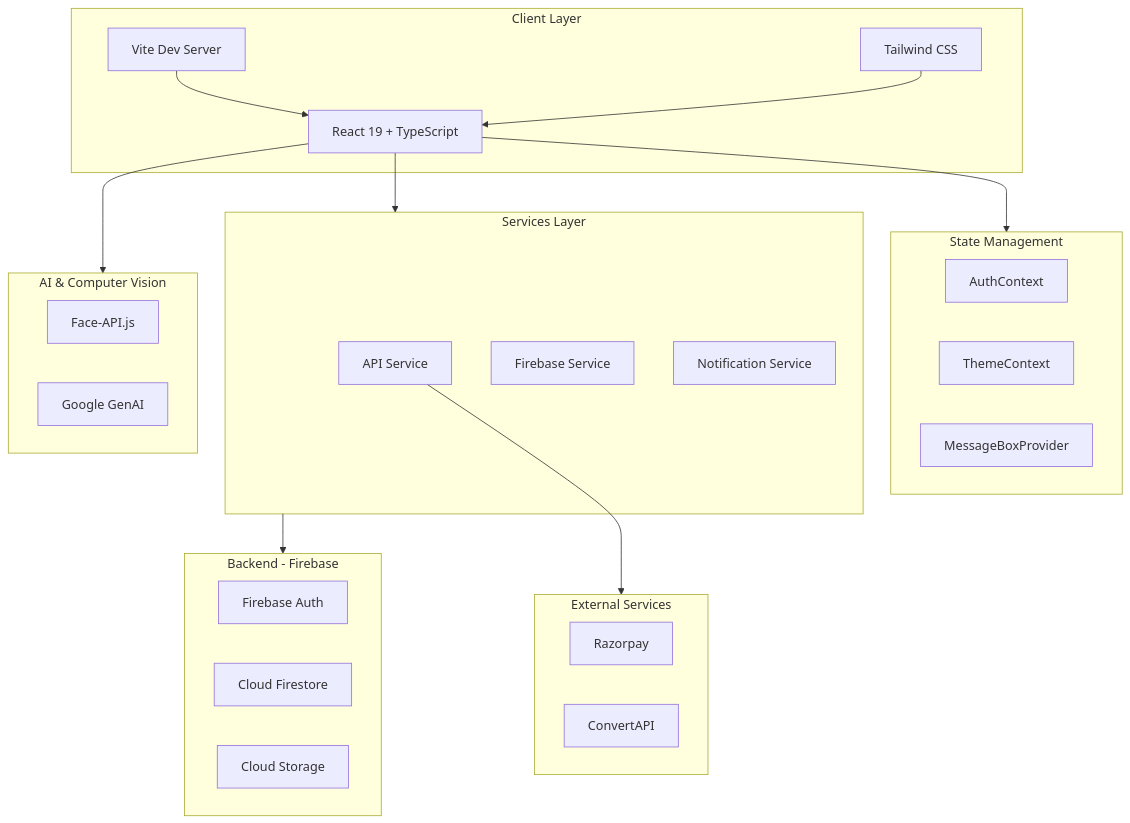
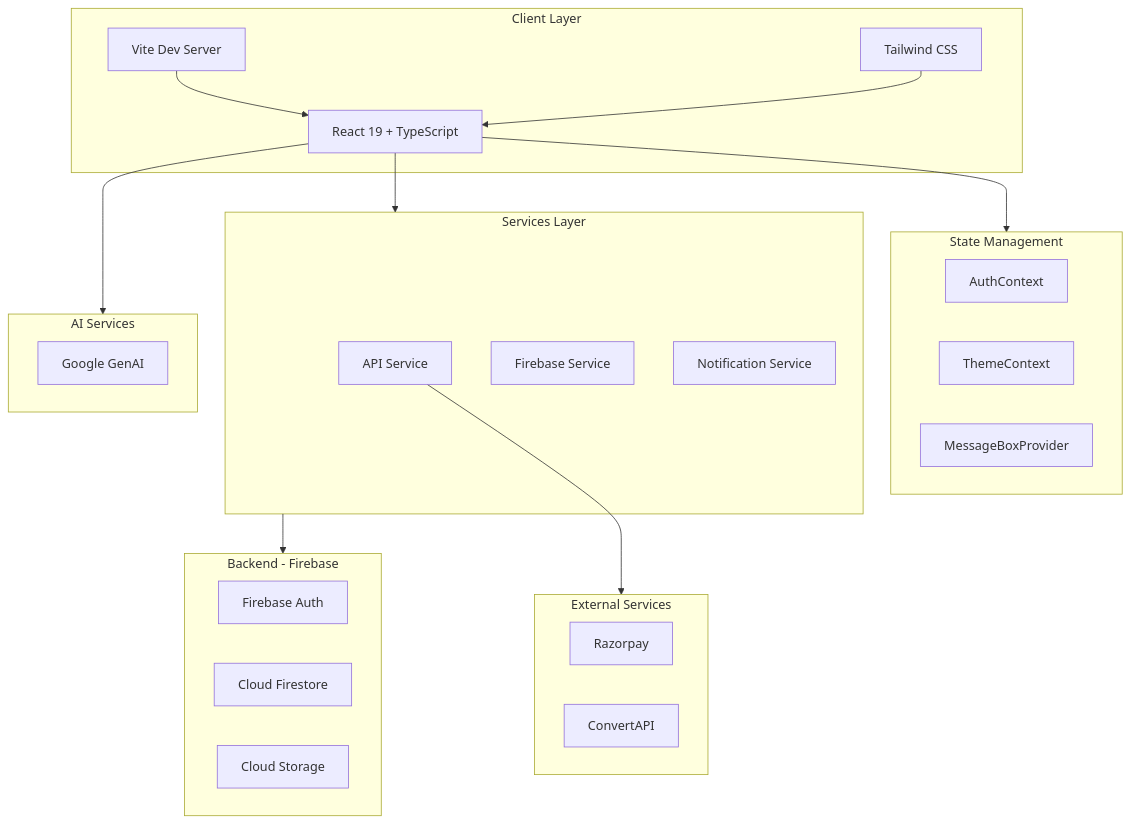
Before and after one commit to GitNimay/InterviewXpertxDsource: the first of 6 diagrams in README.md, drawn with Mermaid. The commit also changed other lines of this file and 19 other files, not shown here.

````diff
--- a/README.md
+++ b/README.md
@@ -107,44 +107,43 @@
 ```mermaid
 flowchart TB
     subgraph Client["Client Layer"]
         React["React 19 + TypeScript"]
         Vite["Vite Dev Server"]
         TailwindCSS["Tailwind CSS"]
     end
 
     subgraph StateManagement["State Management"]
         AuthContext["AuthContext"]
         ThemeContext["ThemeContext"]
         MessageBox["MessageBoxProvider"]
     end
 
     subgraph Services["Services Layer"]
         API["API Service"]
         FirebaseService["Firebase Service"]
         NotificationService["Notification Service"]
     end
 
-    subgraph AI["AI & Computer Vision"]
-        FaceAPI["Face-API.js"]
+    subgraph AI["AI Services"]
         GoogleGenAI["Google GenAI"]
     end
 
     subgraph Backend["Backend - Firebase"]
         Auth["Firebase Auth"]
         Firestore["Cloud Firestore"]
         Storage["Cloud Storage"]
     end
 
     subgraph External["External Services"]
         Razorpay["Razorpay"]
         ConvertAPI["ConvertAPI"]
     end
 
     React --> StateManagement
     React --> Services
     React --> AI
     Services --> Backend
     API --> External
     Vite --> React
     TailwindCSS --> React
 ```
````
